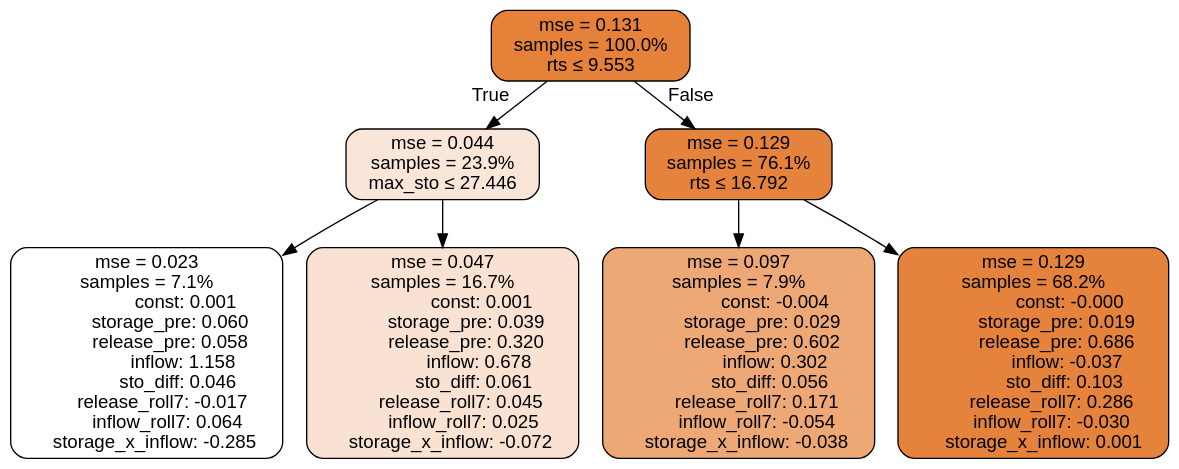
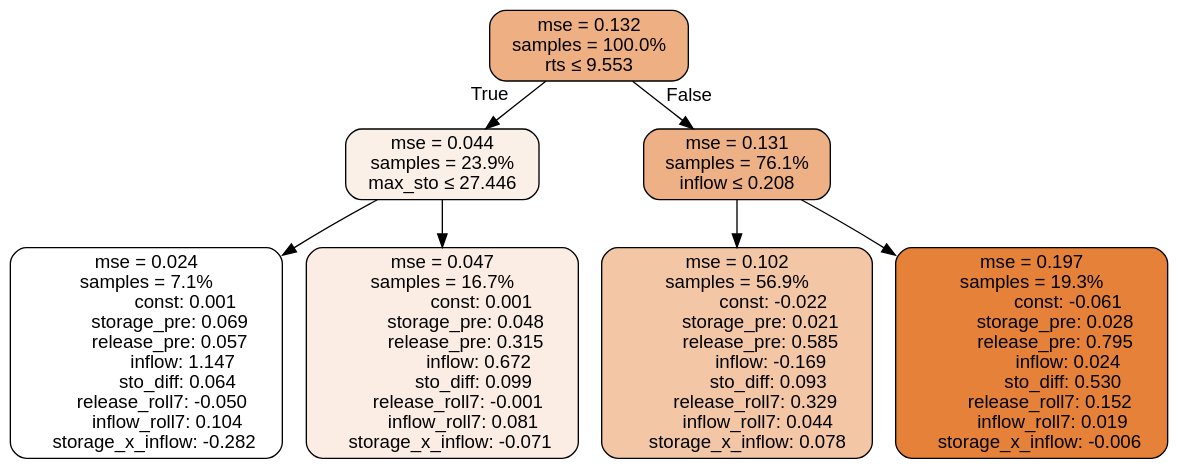
Before and after one commit to lcford2/predict-release: the diagram in results/tclr_model_drop_res_sto_diff/all/TD2_RT_MS_exhaustive/tree.dot, drawn with Graphviz. The commit also changed 13 other files, not shown here.

```diff
--- a/results/tclr_model_drop_res_sto_diff/all/TD2_RT_MS_exhaustive/tree.dot
+++ b/results/tclr_model_drop_res_sto_diff/all/TD2_RT_MS_exhaustive/tree.dot
@@ -1,61 +1,61 @@
 digraph tree {
 bgcolor="transparent"
 node [shape=rectangle, style="filled, rounded", color="black", fontname=helvetica] ;
 edge [fontname=helvetica] ;
-	"0" [label="mse = 0.131
+	"0" [label="mse = 0.132
 samples = 100.0%
-rts &le; 9.553", fillcolor="#e58139"]
+rts &le; 9.553", fillcolor="#eeb083"]
 	"1" [label="mse = 0.044
 samples = 23.9%
-max_sto &le; 27.446", fillcolor="#fae6d8"]
-	"2" [label="mse = 0.023
+max_sto &le; 27.446", fillcolor="#fbf0e7"]
+	"2" [label="mse = 0.024
 samples = 7.1%
                 const: 0.001
-          storage_pre: 0.060
-          release_pre: 0.058
-               inflow: 1.158
-             sto_diff: 0.046
-       release_roll7: -0.017
-         inflow_roll7: 0.064
-    storage_x_inflow: -0.285", fillcolor="#ffffff"]
+          storage_pre: 0.069
+          release_pre: 0.057
+               inflow: 1.147
+             sto_diff: 0.064
+       release_roll7: -0.050
+         inflow_roll7: 0.104
+    storage_x_inflow: -0.282", fillcolor="#ffffff"]
 	"3" [label="mse = 0.047
 samples = 16.7%
                 const: 0.001
-          storage_pre: 0.039
-          release_pre: 0.320
-               inflow: 0.678
-             sto_diff: 0.061
-        release_roll7: 0.045
-         inflow_roll7: 0.025
-    storage_x_inflow: -0.072", fillcolor="#f9e2d2"]
-	"4" [label="mse = 0.129
+          storage_pre: 0.048
+          release_pre: 0.315
+               inflow: 0.672
+             sto_diff: 0.099
+       release_roll7: -0.001
+         inflow_roll7: 0.081
+    storage_x_inflow: -0.071", fillcolor="#fbede4"]
+	"4" [label="mse = 0.131
 samples = 76.1%
-rts &le; 16.792", fillcolor="#e5833c"]
-	"5" [label="mse = 0.097
-samples = 7.9%
-               const: -0.004
-          storage_pre: 0.029
-          release_pre: 0.602
-               inflow: 0.302
-             sto_diff: 0.056
-        release_roll7: 0.171
-        inflow_roll7: -0.054
-    storage_x_inflow: -0.038", fillcolor="#eda876"]
-	"6" [label="mse = 0.129
-samples = 68.2%
-               const: -0.000
-          storage_pre: 0.019
-          release_pre: 0.686
-              inflow: -0.037
-             sto_diff: 0.103
-        release_roll7: 0.286
-        inflow_roll7: -0.030
-     storage_x_inflow: 0.001", fillcolor="#e5823b"]
+inflow &le; 0.208", fillcolor="#eeb185"]
+	"5" [label="mse = 0.102
+samples = 56.9%
+               const: -0.022
+          storage_pre: 0.021
+          release_pre: 0.585
+              inflow: -0.169
+             sto_diff: 0.093
+        release_roll7: 0.329
+         inflow_roll7: 0.044
+     storage_x_inflow: 0.078", fillcolor="#f3c6a5"]
+	"6" [label="mse = 0.197
+samples = 19.3%
+               const: -0.061
+          storage_pre: 0.028
+          release_pre: 0.795
+               inflow: 0.024
+             sto_diff: 0.530
+        release_roll7: 0.152
+         inflow_roll7: 0.019
+    storage_x_inflow: -0.006", fillcolor="#e58139"]
 
 	"0" -> "1" [labeldistance=2.5, labelangle=45, headlabel="True"]
 	"1" -> "2"
 	"1" -> "3"
 	"0" -> "4" [labeldistance=2.5, labelangle=-45, headlabel="False"]
 	"4" -> "5"
 	"4" -> "6"
 }
```
